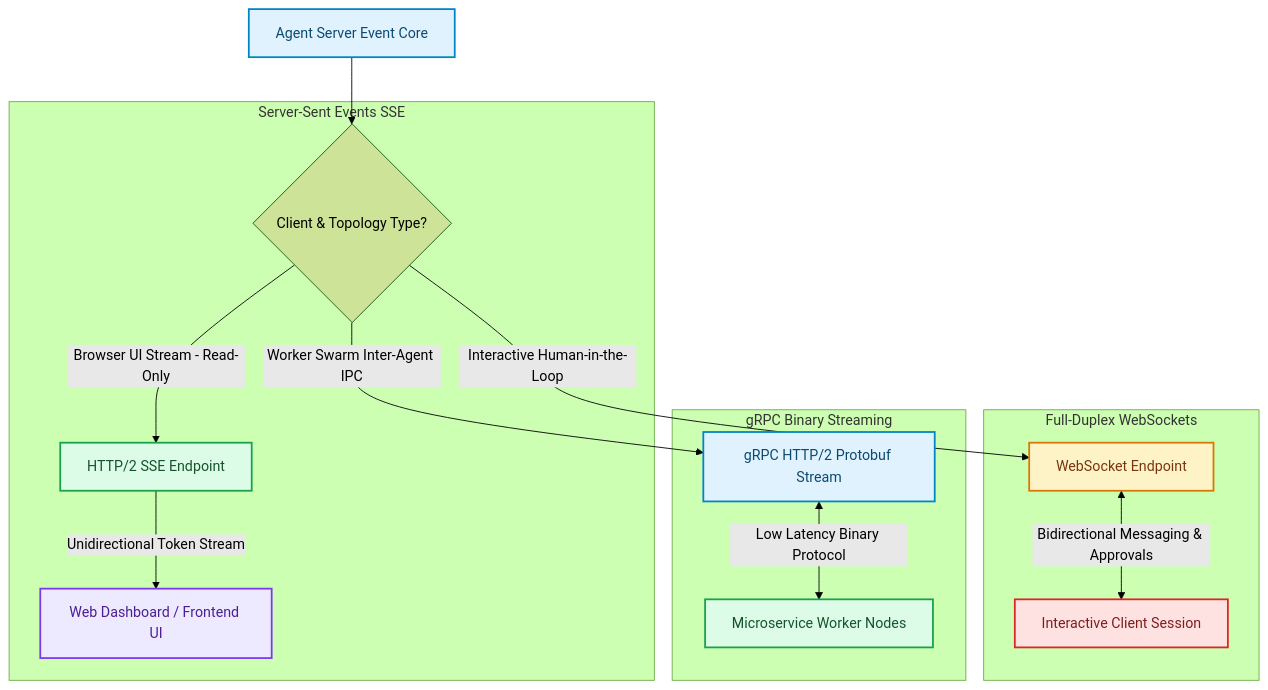
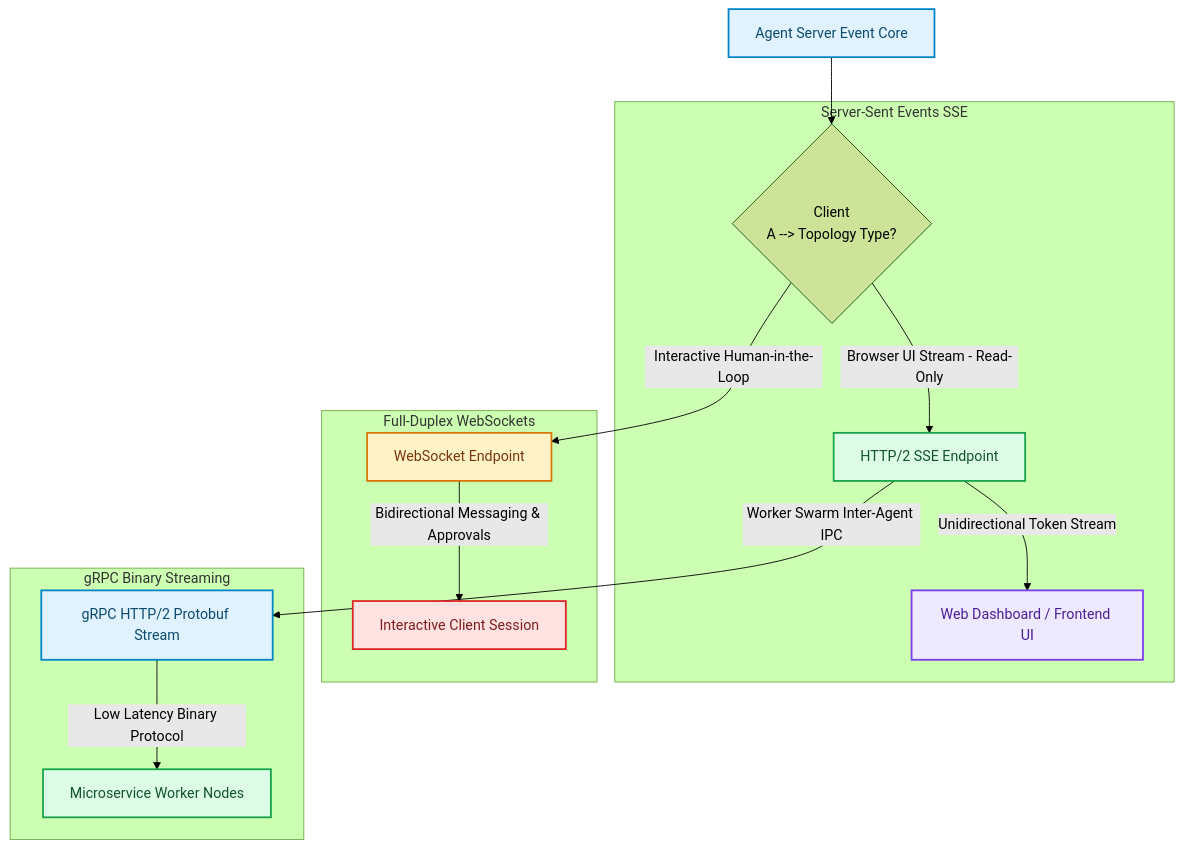
The diagram in blog/posts/realtime-agent-protocols-websockets-sse-grpc-streams.md (akmalkhaniub/akmalkhaniub.github.io), drawn with Mermaid (forest theme) before and after one commit. The commit also changed 894 other files, not shown here.

Commit message:
feat(blog): upgrade all 444 posts with unique staggered dates, 2-col Mermaid spines, benchmark tables, code blocks, and trade-offs

````diff
--- a/blog/posts/realtime-agent-protocols-websockets-sse-grpc-streams.md
+++ b/blog/posts/realtime-agent-protocols-websockets-sse-grpc-streams.md
@@ -17,30 +17,31 @@
 ```mermaid
 flowchart TD
-  A["Agent Server Event Core"] --> B{Client & Topology Type?}
+  A["Agent Server Event Core"] --> B{Client
+  A --> Topology Type?}
   
   subgraph SG1_ServerSentEvents ["Server-Sent Events SSE"]
     B -->|Browser UI Stream - Read-Only| C["HTTP/2 SSE Endpoint"]
     C -->|Unidirectional Token Stream| D["Web Dashboard / Frontend UI"]
   end
   
   subgraph SG2_FullDuplexWebsockets ["Full-Duplex WebSockets"]
     B -->|Interactive Human-in-the-Loop| E["WebSocket Endpoint"]
-    E <-->|Bidirectional Messaging & Approvals| F["Interactive Client Session"]
+    E -->|Bidirectional Messaging & Approvals| F["Interactive Client Session"]
   end
   
   subgraph SG3_GrpcBinaryStreaming ["gRPC Binary Streaming"]
-    B -->|Worker Swarm Inter-Agent IPC| G["gRPC HTTP/2 Protobuf Stream"]
-    G <-->|Low Latency Binary Protocol| H["Microservice Worker Nodes"]
+    C --> |Worker Swarm Inter-Agent IPC| G["gRPC HTTP/2 Protobuf Stream"]
+    G -->|Low Latency Binary Protocol| H["Microservice Worker Nodes"]
   end
 
 classDef green fill:#dcfce7,stroke:#16a34a,stroke-width:2px,color:#14532d;
 classDef red fill:#fee2e2,stroke:#dc2626,stroke-width:2px,color:#7f1d1d;
 classDef blue fill:#e0f2fe,stroke:#0284c7,stroke-width:2px,color:#0c4a6e;
 classDef yellow fill:#fef3c7,stroke:#d97706,stroke-width:2px,color:#78350f;
 classDef purple fill:#ede9fe,stroke:#7c3aed,stroke-width:2px,color:#4c1d95;
 class A,G blue
 class C,H green
 class D purple
 class E yellow
 class F red
 ```
````
